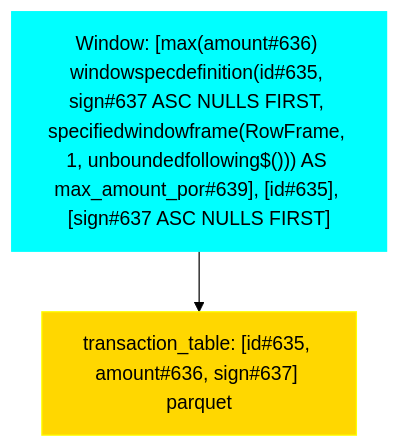
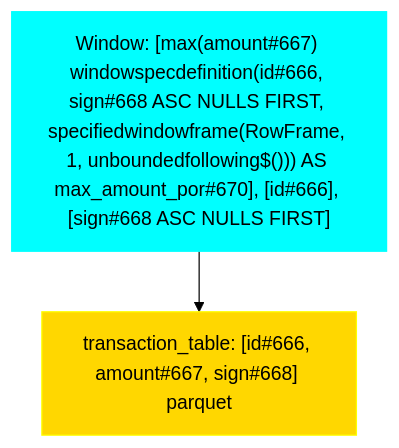
The diagram in data/visualization/window_column.mmd (NielkNetraam/explainalyzed), drawn with Mermaid (forest theme) before and after one commit. The commit also changed 29 other files, not shown here.

```diff
--- a/data/visualization/window_column.mmd
+++ b/data/visualization/window_column.mmd
@@ -1,13 +1,13 @@
 flowchart TD
     classDef PROJECT stroke:Blue,fill:LightBlue,color:black
     classDef FILTER stroke:Green,fill:LightGreen,color:black
     classDef UNION stroke:Purple,fill:Violet,color:black
     classDef JOIN stroke:DarkOrange,fill:Orange,color:black
     classDef RELATION stroke:Yellow,fill:Gold,color:black
     classDef AGGREGATE stroke:Brown,fill:Chocolate,color:black
     classDef WINDOW stroke:Aqua,fill:Cyan,color:black
 
-    Window#00001["Window: [max(amount#636) windowspecdefinition(id#635, sign#637 ASC NULLS FIRST, specifiedwindowframe(RowFrame, 1, unboundedfollowing$())) AS max_amount_por#639], [id#635], [sign#637 ASC NULLS FIRST]"]:::WINDOW
-    Relation#00002["transaction_table: [id#635, amount#636, sign#637] parquet"]:::RELATION
+    Window#00001["Window: [max(amount#667) windowspecdefinition(id#666, sign#668 ASC NULLS FIRST, specifiedwindowframe(RowFrame, 1, unboundedfollowing$())) AS max_amount_por#670], [id#666], [sign#668 ASC NULLS FIRST]"]:::WINDOW
+    Relation#00002["transaction_table: [id#666, amount#667, sign#668] parquet"]:::RELATION
 
     Window#00001 --> Relation#00002
```
